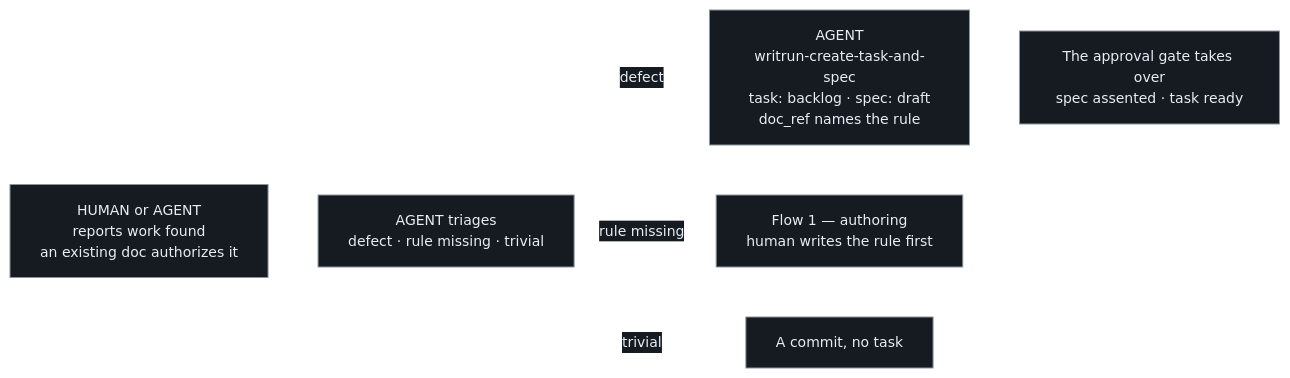
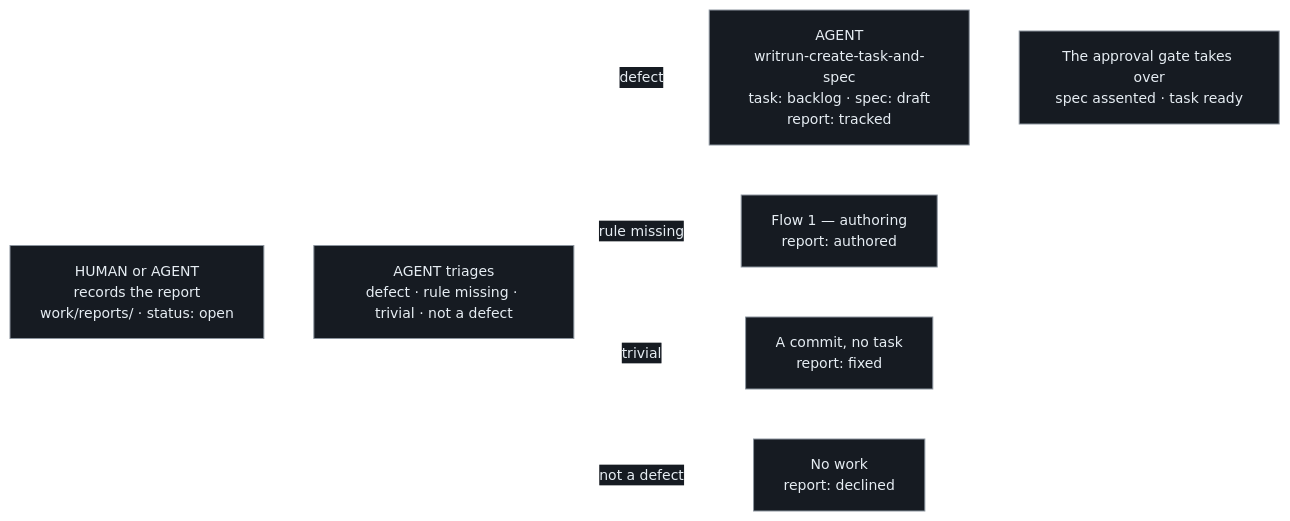
One commit to thomasfranke/writrun changed the second of 2 diagrams in docs/product/stage-1-tasks-and-specs/authoring.md. Above: the diagram before and after it, drawn with Mermaid. The commit also changed other lines of this file and 13 other files, not shown here.

First line of the commit message:
[Docs][Product] A report is an artefact, not a trigger (#89)

````diff
--- a/docs/product/stage-1-tasks-and-specs/authoring.md
+++ b/docs/product/stage-1-tasks-and-specs/authoring.md
@@ -122,11 +141,12 @@
 ```mermaid
 %%{init: {'theme':'base','themeVariables':{'background':'#0d1117','primaryColor':'#161b22','primaryTextColor':'#e6edf3','primaryBorderColor':'#8b949e','lineColor':'#ffffff','secondaryColor':'#161b22','tertiaryColor':'#161b22','fontSize':'14px'}}}%%
 flowchart LR
-    A["HUMAN or AGENT<br/>reports work found<br/>an existing doc authorizes it"]
-    B["AGENT triages<br/>defect · rule missing · trivial"]
-    C["AGENT<br/>writrun-create-task-and-spec<br/>task: backlog · spec: draft<br/>doc_ref names the rule"]
+    A["HUMAN or AGENT<br/>records the report<br/>work/reports/ · status: open"]
+    B["AGENT triages<br/>defect · rule missing · trivial · not a defect"]
+    C["AGENT<br/>writrun-create-task-and-spec<br/>task: backlog · spec: draft<br/>report: tracked"]
     D["The approval gate takes over<br/>spec assented · task ready"]
     A --> B -->|"defect"| C --> D
-    B -->|"rule missing"| E["Flow 1 — authoring<br/>human writes the rule first"]
-    B -->|"trivial"| F["A commit, no task"]
+    B -->|"rule missing"| E["Flow 1 — authoring<br/>report: authored"]
+    B -->|"trivial"| F["A commit, no task<br/>report: fixed"]
+    B -->|"not a defect"| G["No work<br/>report: declined"]
 ```
````
